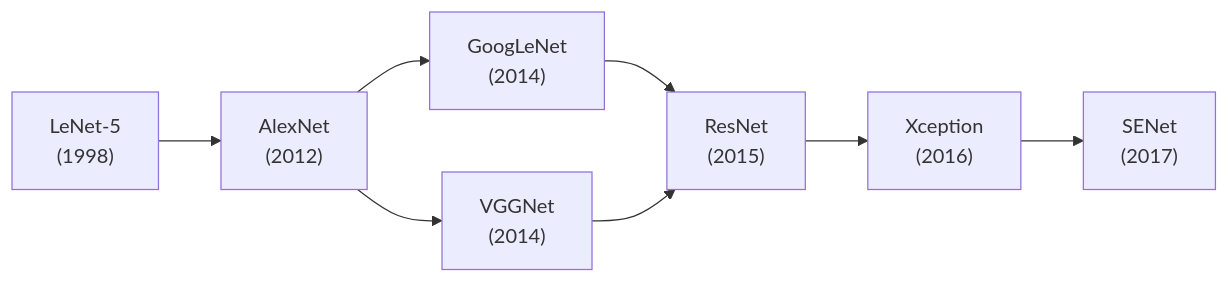
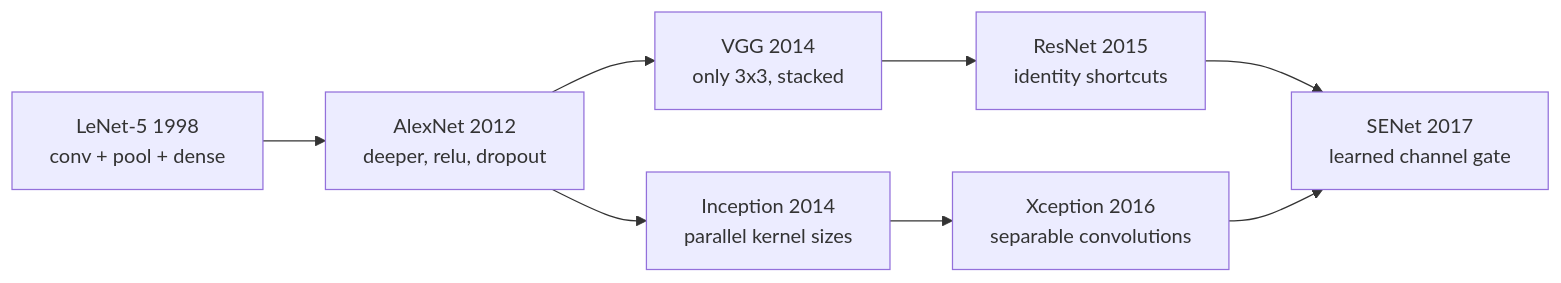
One commit to Ravikisha/PythonCentralHub changed the diagram in src/content/docs/Deep Learning/Phase 03 - Computer Vision with CNNs/Famous CNN Architectures (LeNet to ResNet).mdx. Above: the diagram before and after it, drawn with Mermaid. The commit also changed other lines of this file and 626 other files, not shown here.

````diff
--- a/src/content/docs/Deep Learning/Phase 03 - Computer Vision with CNNs/Famous CNN Architectures (LeNet to ResNet).mdx
+++ b/src/content/docs/Deep Learning/Phase 03 - Computer Vision with CNNs/Famous CNN Architectures (LeNet to ResNet).mdx
@@ -23,10 +39,10 @@
 ```mermaid
 flowchart LR
-  A["LeNet-5<br/>(1998)"] --> B["AlexNet<br/>(2012)"]
-  B --> C["GoogLeNet<br/>(2014)"]
-  B --> D["VGGNet<br/>(2014)"]
-  C --> E["ResNet<br/>(2015)"]
-  D --> E
-  E --> F["Xception<br/>(2016)"]
-  F --> G["SENet<br/>(2017)"]
+  A["LeNet-5 1998<br/>conv + pool + dense"] --> B["AlexNet 2012<br/>deeper, relu, dropout"]
+  B --> C["VGG 2014<br/>only 3x3, stacked"]
+  B --> D["Inception 2014<br/>parallel kernel sizes"]
+  C --> E["ResNet 2015<br/>identity shortcuts"]
+  D --> F["Xception 2016<br/>separable convolutions"]
+  E --> G["SENet 2017<br/>learned channel gate"]
+  F --> G
 ```
````
